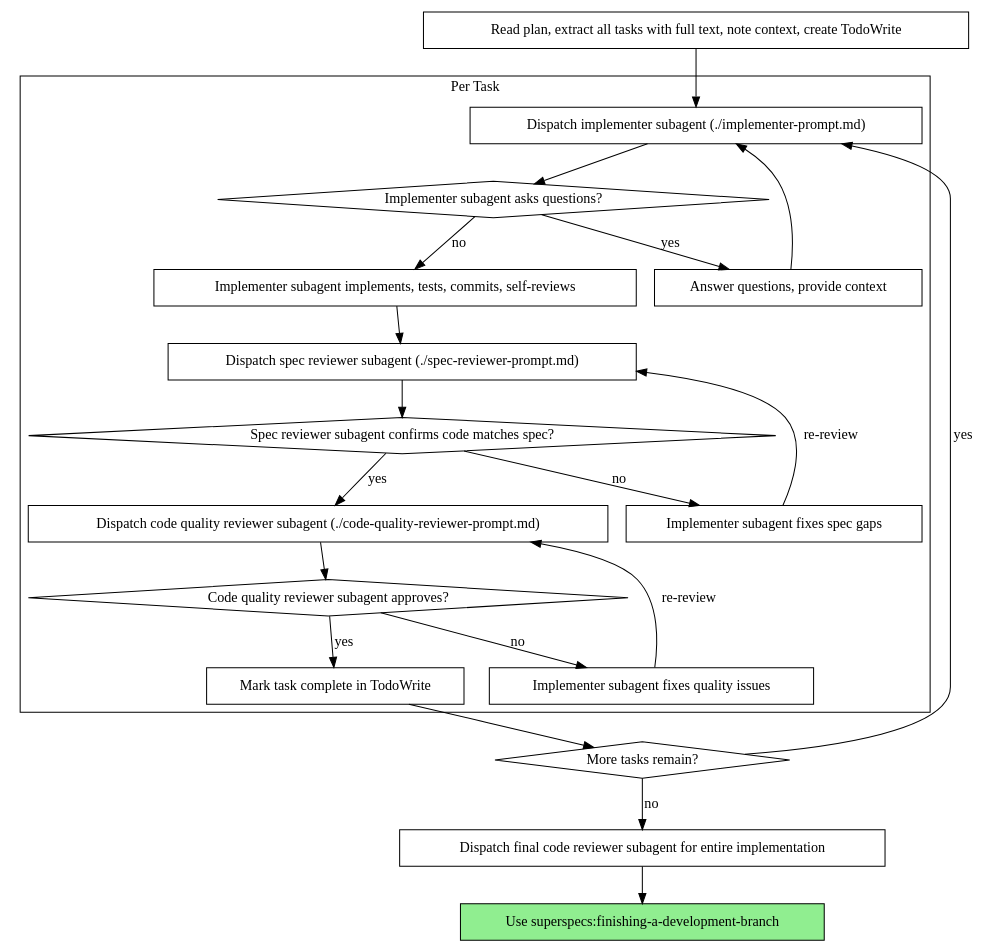
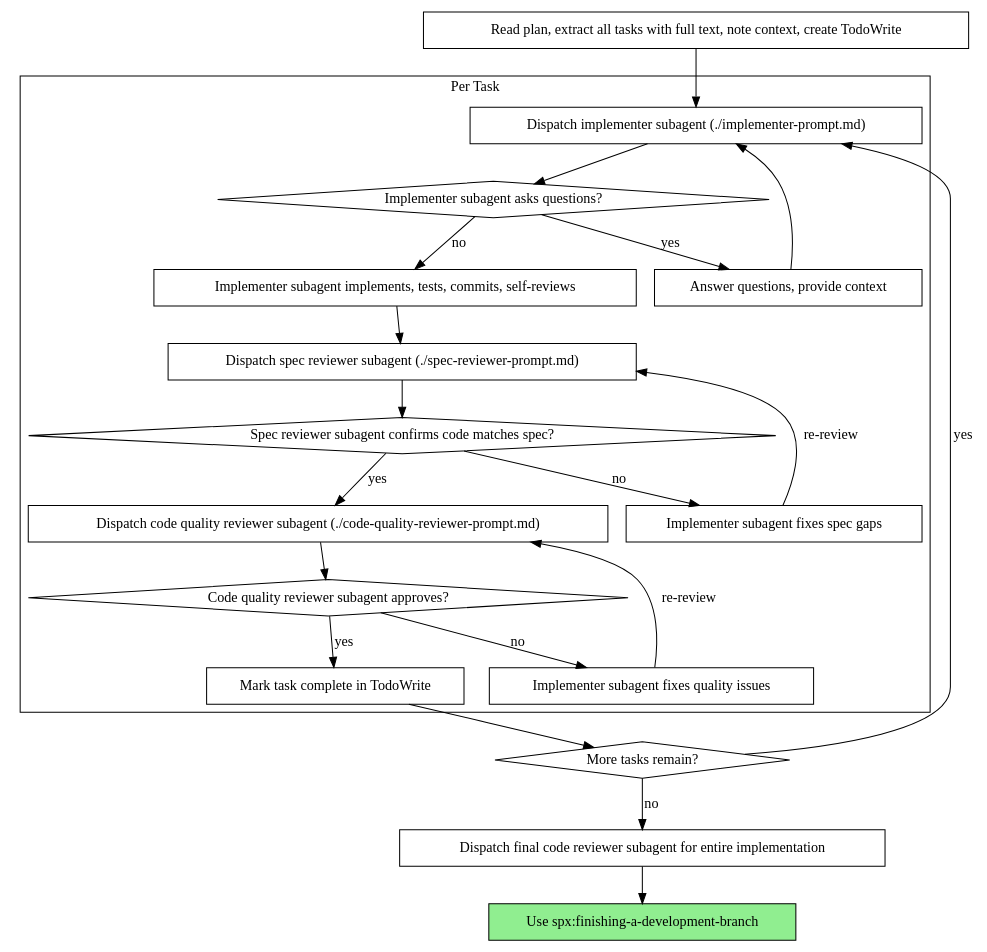
The second of 2 diagrams in skills/subagent-driven-development/SKILL.md (vikram8459/SuperSpecs), drawn with Graphviz before and after one commit. The commit also changed other lines of this file and 33 other files, not shown here.

````diff
--- a/skills/subagent-driven-development/SKILL.md
+++ b/skills/subagent-driven-development/SKILL.md
@@ -42,44 +42,44 @@
 ```dot
 digraph process {
     rankdir=TB;
 
     subgraph cluster_per_task {
         label="Per Task";
         "Dispatch implementer subagent (./implementer-prompt.md)" [shape=box];
         "Implementer subagent asks questions?" [shape=diamond];
         "Answer questions, provide context" [shape=box];
         "Implementer subagent implements, tests, commits, self-reviews" [shape=box];
         "Dispatch spec reviewer subagent (./spec-reviewer-prompt.md)" [shape=box];
         "Spec reviewer subagent confirms code matches spec?" [shape=diamond];
         "Implementer subagent fixes spec gaps" [shape=box];
         "Dispatch code quality reviewer subagent (./code-quality-reviewer-prompt.md)" [shape=box];
         "Code quality reviewer subagent approves?" [shape=diamond];
         "Implementer subagent fixes quality issues" [shape=box];
         "Mark task complete in TodoWrite" [shape=box];
     }
 
     "Read plan, extract all tasks with full text, note context, create TodoWrite" [shape=box];
     "More tasks remain?" [shape=diamond];
     "Dispatch final code reviewer subagent for entire implementation" [shape=box];
-    "Use superspecs:finishing-a-development-branch" [shape=box style=filled fillcolor=lightgreen];
+    "Use spx:finishing-a-development-branch" [shape=box style=filled fillcolor=lightgreen];
 
     "Read plan, extract all tasks with full text, note context, create TodoWrite" -> "Dispatch implementer subagent (./implementer-prompt.md)";
     "Dispatch implementer subagent (./implementer-prompt.md)" -> "Implementer subagent asks questions?";
     "Implementer subagent asks questions?" -> "Answer questions, provide context" [label="yes"];
     "Answer questions, provide context" -> "Dispatch implementer subagent (./implementer-prompt.md)";
     "Implementer subagent asks questions?" -> "Implementer subagent implements, tests, commits, self-reviews" [label="no"];
     "Implementer subagent implements, tests, commits, self-reviews" -> "Dispatch spec reviewer subagent (./spec-reviewer-prompt.md)";
     "Dispatch spec reviewer subagent (./spec-reviewer-prompt.md)" -> "Spec reviewer subagent confirms code matches spec?";
     "Spec reviewer subagent confirms code matches spec?" -> "Implementer subagent fixes spec gaps" [label="no"];
     "Implementer subagent fixes spec gaps" -> "Dispatch spec reviewer subagent (./spec-reviewer-prompt.md)" [label="re-review"];
     "Spec reviewer subagent confirms code matches spec?" -> "Dispatch code quality reviewer subagent (./code-quality-reviewer-prompt.md)" [label="yes"];
     "Dispatch code quality reviewer subagent (./code-quality-reviewer-prompt.md)" -> "Code quality reviewer subagent approves?";
     "Code quality reviewer subagent approves?" -> "Implementer subagent fixes quality issues" [label="no"];
     "Implementer subagent fixes quality issues" -> "Dispatch code quality reviewer subagent (./code-quality-reviewer-prompt.md)" [label="re-review"];
     "Code quality reviewer subagent approves?" -> "Mark task complete in TodoWrite" [label="yes"];
     "Mark task complete in TodoWrite" -> "More tasks remain?";
     "More tasks remain?" -> "Dispatch implementer subagent (./implementer-prompt.md)" [label="yes"];
     "More tasks remain?" -> "Dispatch final code reviewer subagent for entire implementation" [label="no"];
-    "Dispatch final code reviewer subagent for entire implementation" -> "Use superspecs:finishing-a-development-branch";
+    "Dispatch final code reviewer subagent for entire implementation" -> "Use spx:finishing-a-development-branch";
 }
 ```
````
